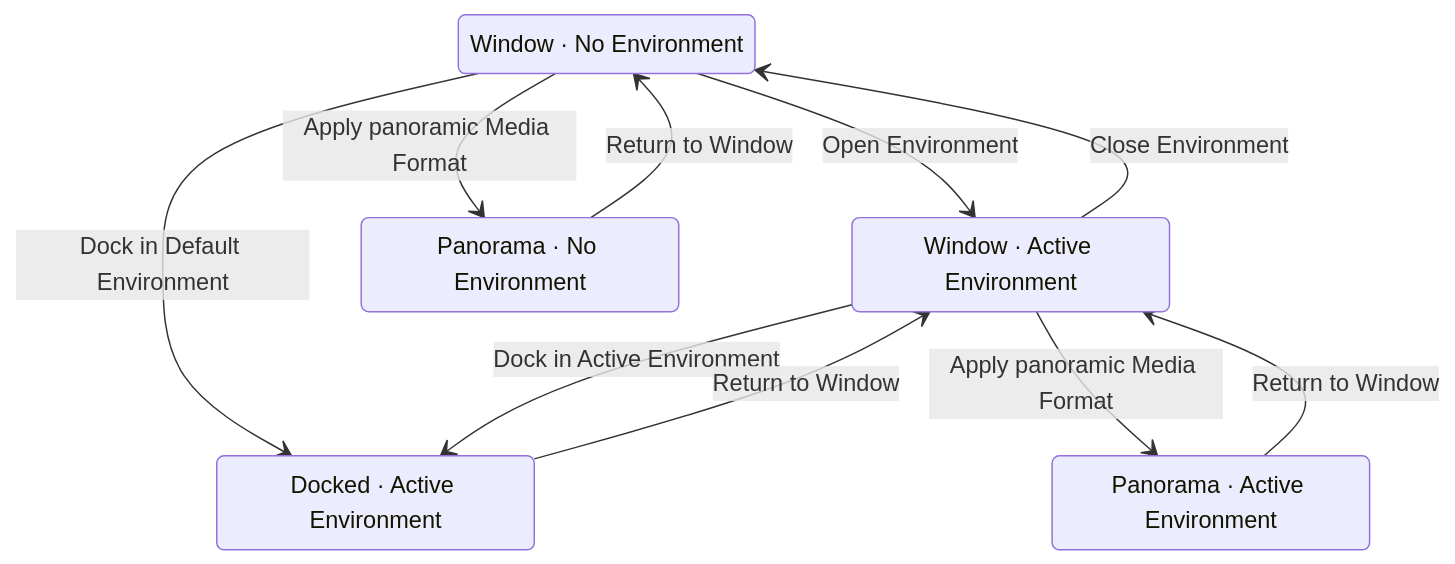
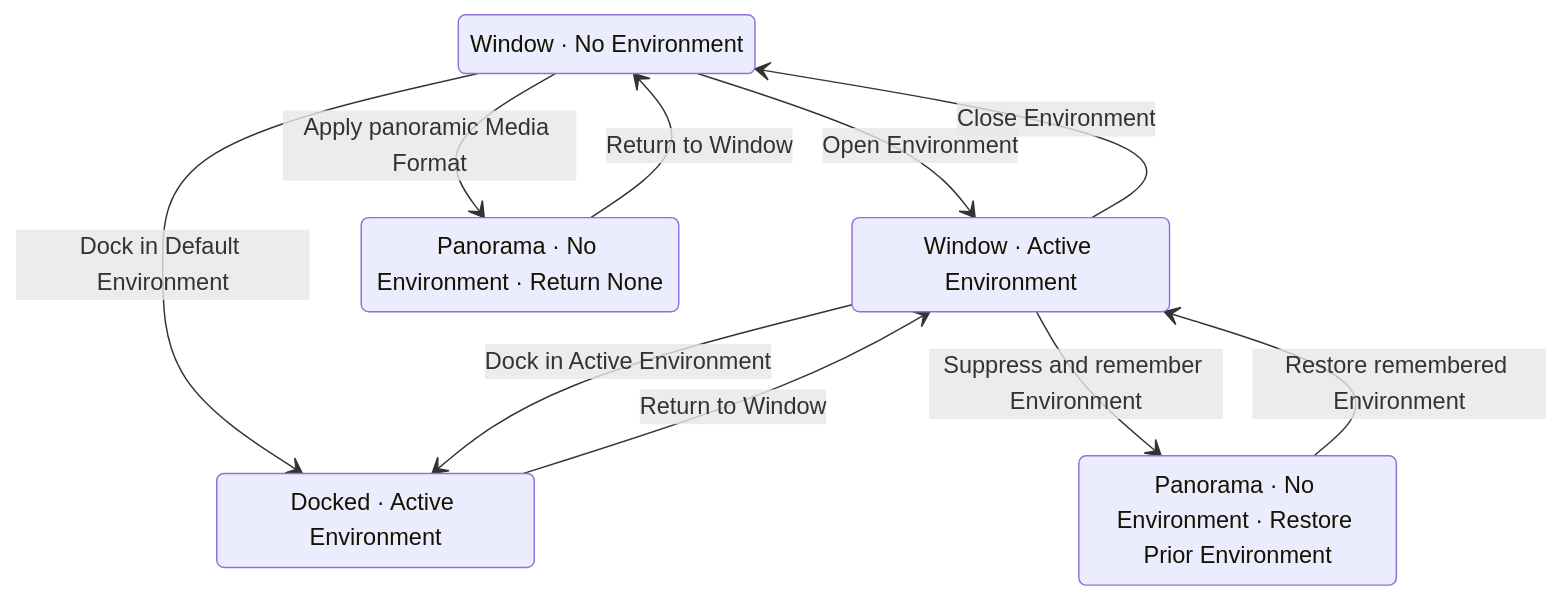
The diagram in docs/product-requirements.md (1873663116/Enchron), drawn with Mermaid before and after one commit. The commit also changed other lines of this file and 85 other files, not shown here.

````diff
--- a/docs/product-requirements.md
+++ b/docs/product-requirements.md
@@ -16,18 +20,18 @@
 ```mermaid
 stateDiagram-v2
     state "Window · No Environment" as W0
     state "Window · Active Environment" as W1
     state "Docked · Active Environment" as D
-    state "Panorama · No Environment" as P0
-    state "Panorama · Active Environment" as P1
+    state "Panorama · No Environment · Return None" as P0
+    state "Panorama · No Environment · Restore Prior Environment" as P1
 
     W0 --> W1: Open Environment
     W1 --> W0: Close Environment
     W0 --> D: Dock in Default Environment
     W1 --> D: Dock in Active Environment
     D --> W1: Return to Window
     W0 --> P0: Apply panoramic Media Format
-    W1 --> P1: Apply panoramic Media Format
+    W1 --> P1: Suppress and remember Environment
     P0 --> W0: Return to Window
-    P1 --> W1: Return to Window
+    P1 --> W1: Restore remembered Environment
 ```
````
